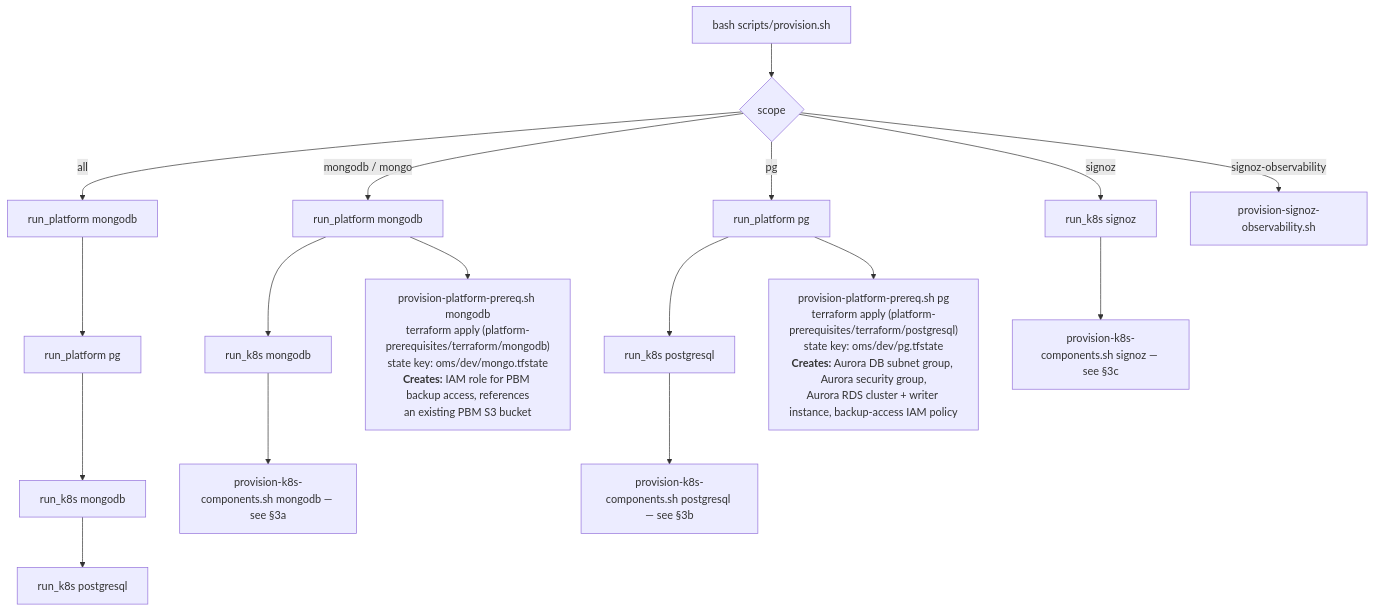
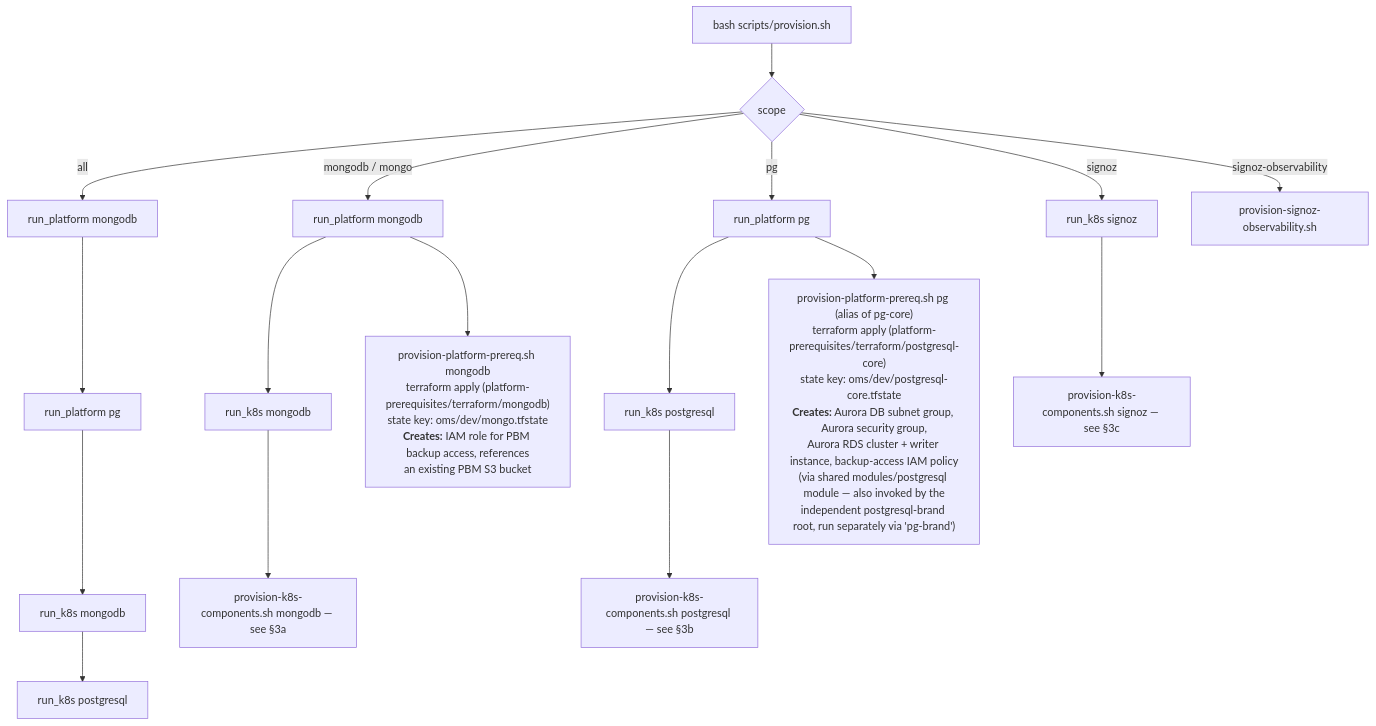
One commit to sml-global/mongodb changed the second of 12 diagrams in docs/references/provisioning-flows-and-infra-diagrams.md. Above: the diagram before and after it, drawn with Mermaid. The commit also changed other lines of this file and 39 other files, not shown here.

First line of the commit message:
feat: postgresql-brand split, k8s uat overlay, agent docs, and Wayfinder audit fixes

````diff
--- a/docs/references/provisioning-flows-and-infra-diagrams.md
+++ b/docs/references/provisioning-flows-and-infra-diagrams.md
@@ -109,17 +109,17 @@
 ```mermaid
 flowchart TD
   START["bash scripts/provision.sh <scope>"] --> SCOPE{scope}
 
   SCOPE -->|all| ALL1[run_platform mongodb] --> ALL2[run_platform pg] --> ALL3[run_k8s mongodb] --> ALL4[run_k8s postgresql]
   SCOPE -->|mongodb / mongo| M1[run_platform mongodb] --> M2[run_k8s mongodb]
   SCOPE -->|pg| P1[run_platform pg] --> P2[run_k8s postgresql]
   SCOPE -->|signoz| S1[run_k8s signoz]
   SCOPE -->|signoz-observability| SO1[provision-signoz-observability.sh]
 
   M1 --> TF_M["provision-platform-prereq.sh mongodb<br/>terraform apply (platform-prerequisites/terraform/mongodb)<br/>state key: oms/dev/mongo.tfstate<br/><b>Creates:</b> IAM role for PBM backup access, references<br/>an existing PBM S3 bucket"]
-  P1 --> TF_P["provision-platform-prereq.sh pg<br/>terraform apply (platform-prerequisites/terraform/postgresql)<br/>state key: oms/dev/pg.tfstate<br/><b>Creates:</b> Aurora DB subnet group, Aurora security group,<br/>Aurora RDS cluster + writer instance, backup-access IAM policy"]
+  P1 --> TF_P["provision-platform-prereq.sh pg (alias of pg-core)<br/>terraform apply (platform-prerequisites/terraform/postgresql-core)<br/>state key: oms/dev/postgresql-core.tfstate<br/><b>Creates:</b> Aurora DB subnet group, Aurora security group,<br/>Aurora RDS cluster + writer instance, backup-access IAM policy<br/>(via shared modules/postgresql module — also invoked by the<br/>independent postgresql-brand root, run separately via 'pg-brand')"]
 
   M2 --> K8S_M[provision-k8s-components.sh mongodb — see §3a]
   P2 --> K8S_P[provision-k8s-components.sh postgresql — see §3b]
   S1 --> K8S_S[provision-k8s-components.sh signoz — see §3c]
 ```
````
